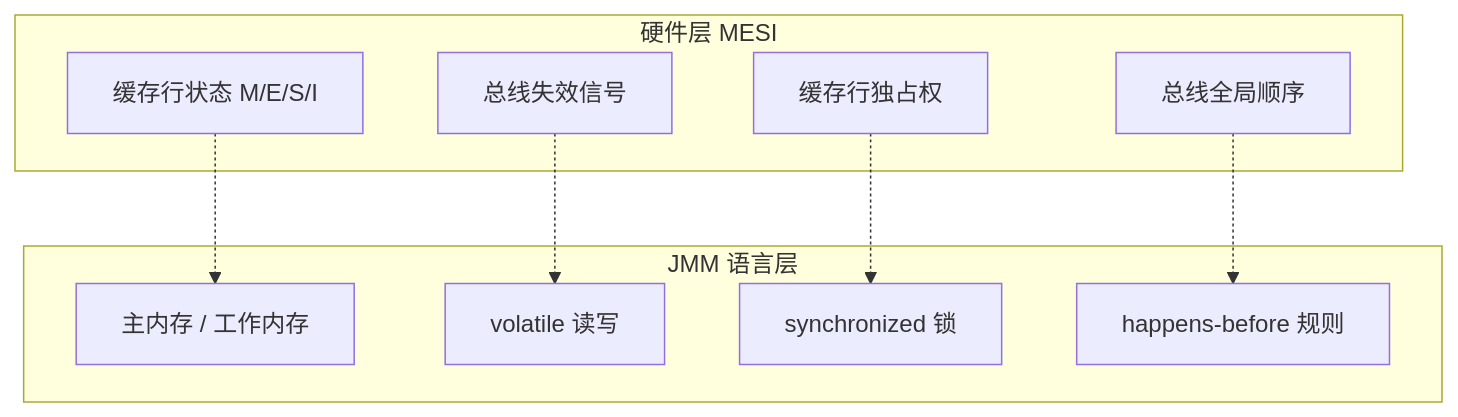
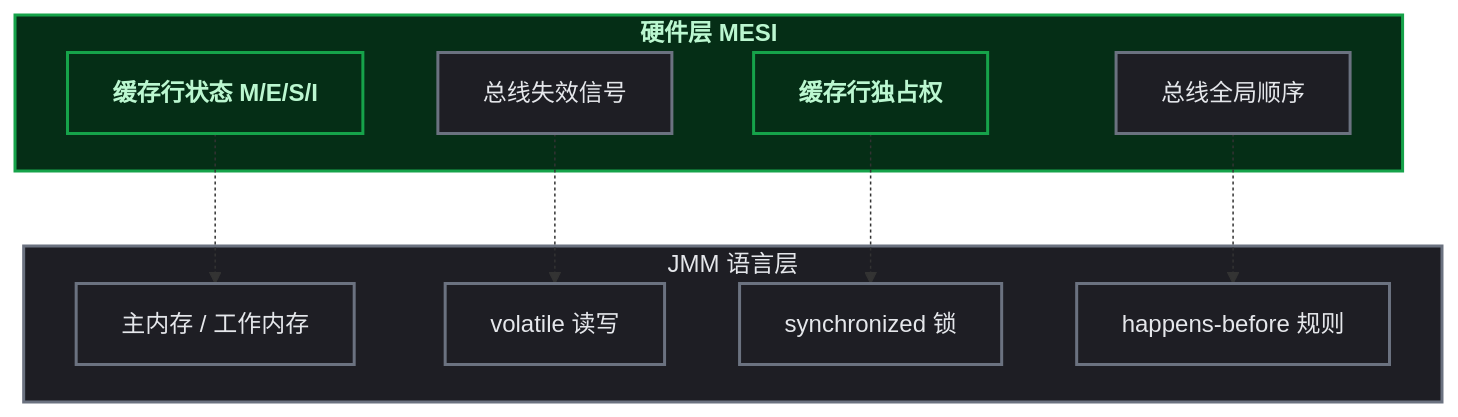
Before and after one commit to yaocat55/yaocat55.github.io: the first of 4 diagrams in content/posts/concurrency/JmmIntroduction.md, drawn with Mermaid. The commit also changed other lines of this file and 155 other files, not shown here.

````diff
--- a/content/posts/concurrency/JmmIntroduction.md
+++ b/content/posts/concurrency/JmmIntroduction.md
@@ -51,19 +51,25 @@
 ```mermaid
 flowchart TD
+%% 半暗底色 + 高亮描边：完美适配博客深色/浅色双主题 %%
+classDef data fill:#052e16,stroke:#16a34a,stroke-width:2px,color:#bbf7d0,font-weight:bold;
+classDef process fill:#1e1e24,stroke:#6b7280,stroke-width:2px,color:#e5e7eb;
     subgraph HARDWARE[硬件层 MESI]
         CACHE[缓存行状态 M/E/S/I]
         INVAL[总线失效信号]
         EXCL[缓存行独占权]
         ORDER[总线全局顺序]
     end
     subgraph JMM_LAYER[JMM 语言层]
         MM[主内存 / 工作内存]
         VOL[volatile 读写]
         SYNC[synchronized 锁]
         HB[happens-before 规则]
     end
     CACHE -.-> MM
     INVAL -.-> VOL
     EXCL -.-> SYNC
     ORDER -.-> HB
+
+class CACHE,EXCL,HARDWARE data;
+class HB,INVAL,JMM_LAYER,MM,ORDER,SYNC,VOL process;
 ```
````
